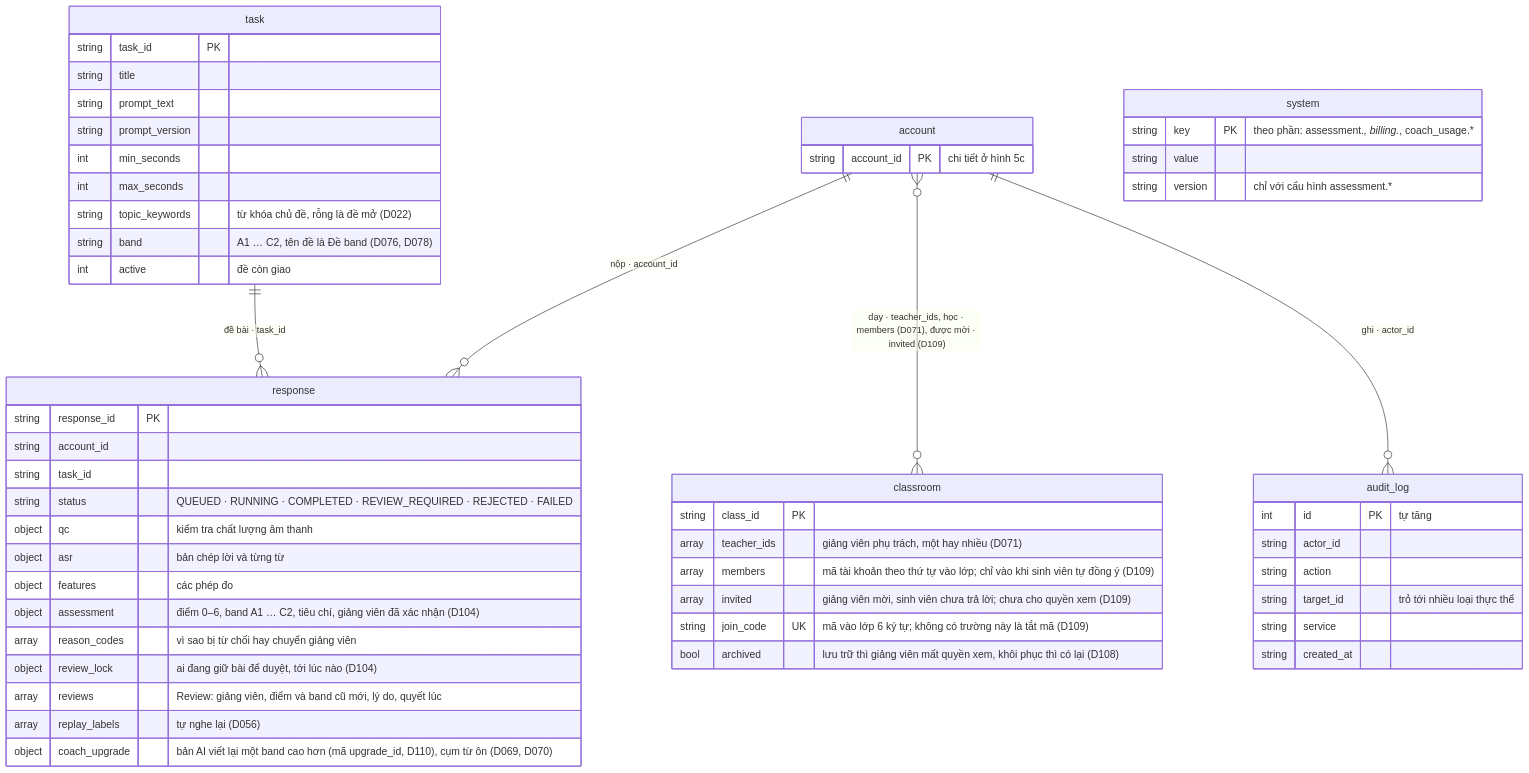
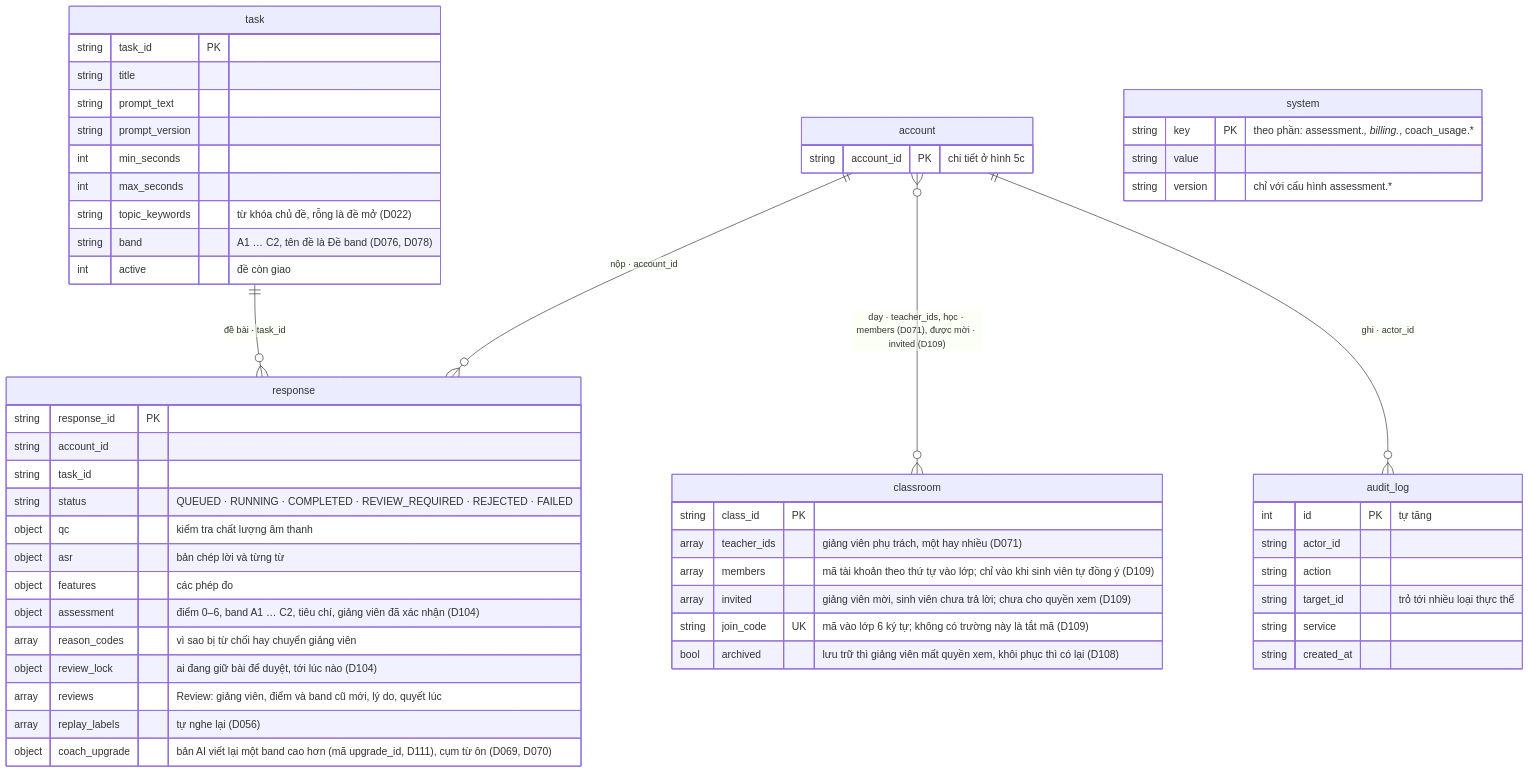
One commit to ThanhSangLouis/ai-assessor-cefr changed the diagram in docs/sdd/diagrams/05_erd.mmd. Above: the diagram before and after it, drawn with Mermaid. The commit also changed 17 other files, not shown here.

```diff
--- a/docs/sdd/diagrams/05_erd.mmd
+++ b/docs/sdd/diagrams/05_erd.mmd
@@ -1,67 +1,67 @@
 %% SDD - Diagram 05: ERD - phan cham diem va van hanh (MongoDB, database core)
 %% Sau D060 moi aggregate root cua so do lop la mot collection; phan hop thanh
 %% nam trong document cua goc, ghi bang truong kieu mang. Tach ba hinh cho ty le
 %% in A4: hinh 5c ve dinh danh. D104: khoa duyet nam lai trong response, bao cao
 %% la chinh cac truong cua response (khong con chuoi JSON).
 %% Duong lien: tham chieu do ma giu (MongoDB khong ep khoa ngoai).
 erDiagram
     account ||--o{ response : "nộp · account_id"
     task ||--o{ response : "đề bài · task_id"
     account }o--o{ classroom : "dạy · teacher_ids, học · members (D071), được mời · invited (D109)"
     account ||--o{ audit_log : "ghi · actor_id"
 
     account {
         string account_id PK "chi tiết ở hình 5c"
     }
 
     task {
         string task_id PK
         string title
         string prompt_text
         string prompt_version
         int min_seconds
         int max_seconds
         string topic_keywords "từ khóa chủ đề, rỗng là đề mở (D022)"
         string band "A1 … C2, tên đề là Đề band (D076, D078)"
         int active "đề còn giao"
     }
 
     response {
         string response_id PK
         string account_id
         string task_id
         string status "QUEUED · RUNNING · COMPLETED · REVIEW_REQUIRED · REJECTED · FAILED"
         object qc "kiểm tra chất lượng âm thanh"
         object asr "bản chép lời và từng từ"
         object features "các phép đo"
         object assessment "điểm 0–6, band A1 … C2, tiêu chí, giảng viên đã xác nhận (D104)"
         array reason_codes "vì sao bị từ chối hay chuyển giảng viên"
         object review_lock "ai đang giữ bài để duyệt, tới lúc nào (D104)"
         array reviews "Review: giảng viên, điểm và band cũ mới, lý do, quyết lúc"
         array replay_labels "tự nghe lại (D056)"
-        object coach_upgrade "bản AI viết lại một band cao hơn (mã upgrade_id, D110), cụm từ ôn (D069, D070)"
+        object coach_upgrade "bản AI viết lại một band cao hơn (mã upgrade_id, D111), cụm từ ôn (D069, D070)"
     }
 
     classroom {
         string class_id PK
         array teacher_ids "giảng viên phụ trách, một hay nhiều (D071)"
         array members "mã tài khoản theo thứ tự vào lớp; chỉ vào khi sinh viên tự đồng ý (D109)"
         array invited "giảng viên mời, sinh viên chưa trả lời; chưa cho quyền xem (D109)"
         string join_code UK "mã vào lớp 6 ký tự; không có trường này là tắt mã (D109)"
         bool archived "lưu trữ thì giảng viên mất quyền xem, khôi phục thì có lại (D108)"
     }
 
     audit_log {
         int id PK "tự tăng"
         string actor_id
         string action
         string target_id "trỏ tới nhiều loại thực thể"
         string service
         string created_at
     }
 
     system {
         string key PK "theo phần: assessment.*, billing.*, coach_usage.*"
         string value
         string version "chỉ với cấu hình assessment.*"
     }
```
